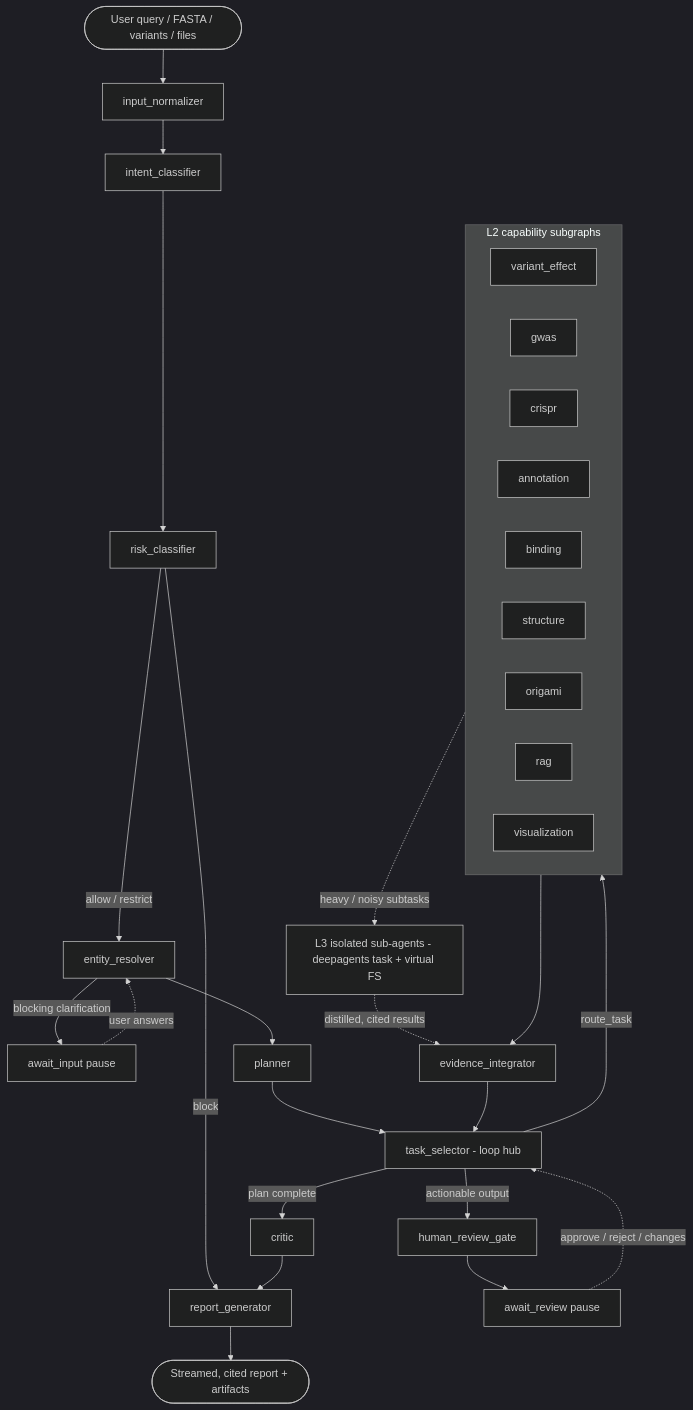
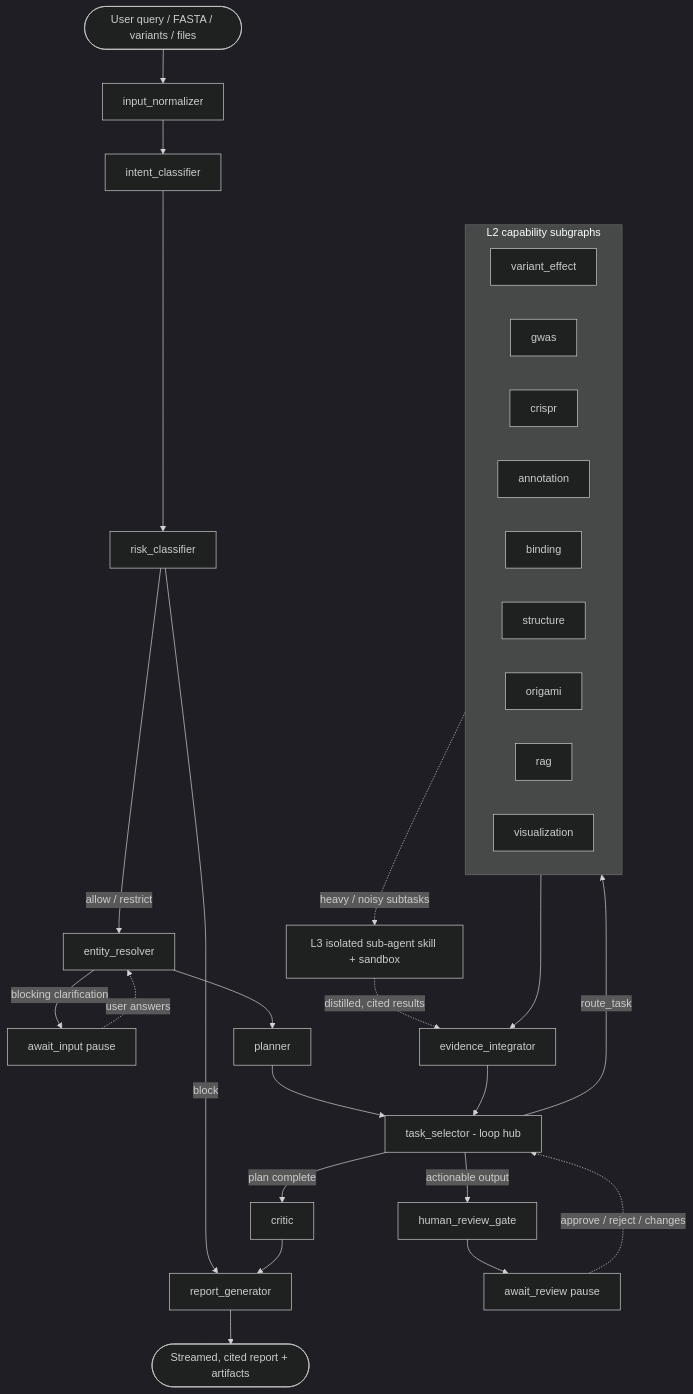
One commit to adamcatto/CellXP changed the diagram in specs/agent/graph_spec.md. Above: the diagram before and after it, drawn with Mermaid (dark theme). The commit also changed 27 other files, not shown here.

Commit message:
docs: complete harness architecture migration

````diff
--- a/specs/agent/graph_spec.md
+++ b/specs/agent/graph_spec.md
@@ -26,37 +26,37 @@
 ```mermaid
 flowchart TD
     Q([User query / FASTA / variants / files]) --> IN[input_normalizer]
     IN --> IC[intent_classifier]
     IC --> RC[risk_classifier]
     RC -- block --> REP[report_generator]
     RC -- allow / restrict --> ER[entity_resolver]
     ER -- blocking clarification --> AI[await_input pause]
     AI -. user answers .-> ER
     ER --> PL[planner]
     PL --> TS[task_selector - loop hub]
     TS -- route_task --> CAP
     CAP --> EI[evidence_integrator]
     EI --> TS
     TS -- actionable output --> HRG[human_review_gate]
     HRG --> AR[await_review pause]
     AR -. approve / reject / changes .-> TS
     TS -- plan complete --> CRIT[critic]
     CRIT --> REP
     REP --> OUT([Streamed, cited report + artifacts])
 
     subgraph CAP[L2 capability subgraphs]
       direction LR
       VE[variant_effect]
       GW[gwas]
       CR[crispr]
       AN[annotation]
       BI[binding]
       ST[structure]
       OR[origami]
       RA[rag]
       VI[visualization]
     end
 
-    CAP -. heavy / noisy subtasks .-> L3[L3 isolated sub-agents - deepagents task + virtual FS]
+    CAP -. heavy / noisy subtasks .-> L3[L3 isolated sub-agent skill + sandbox]
     L3 -. distilled, cited results .-> EI
 ```
````
